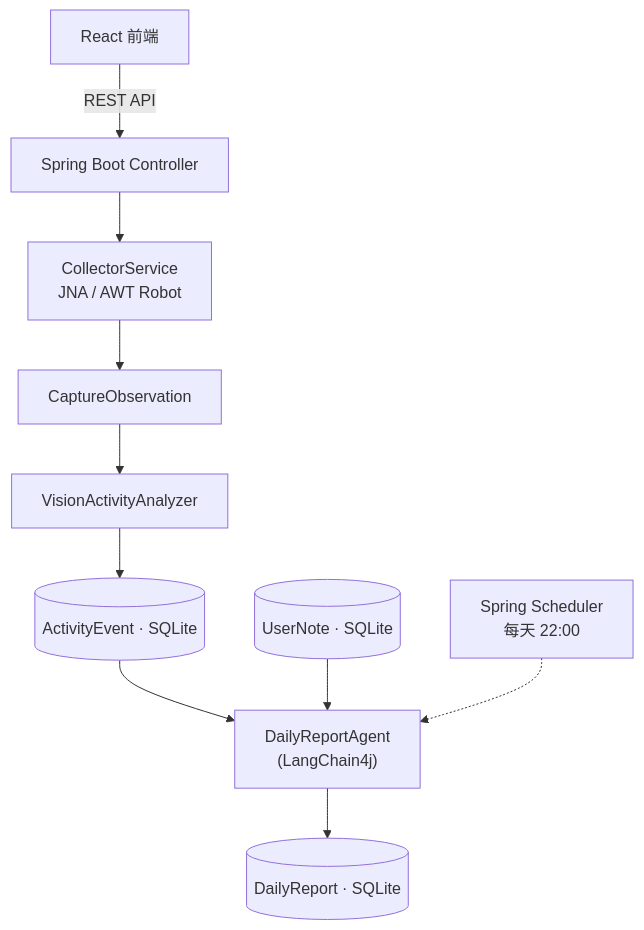
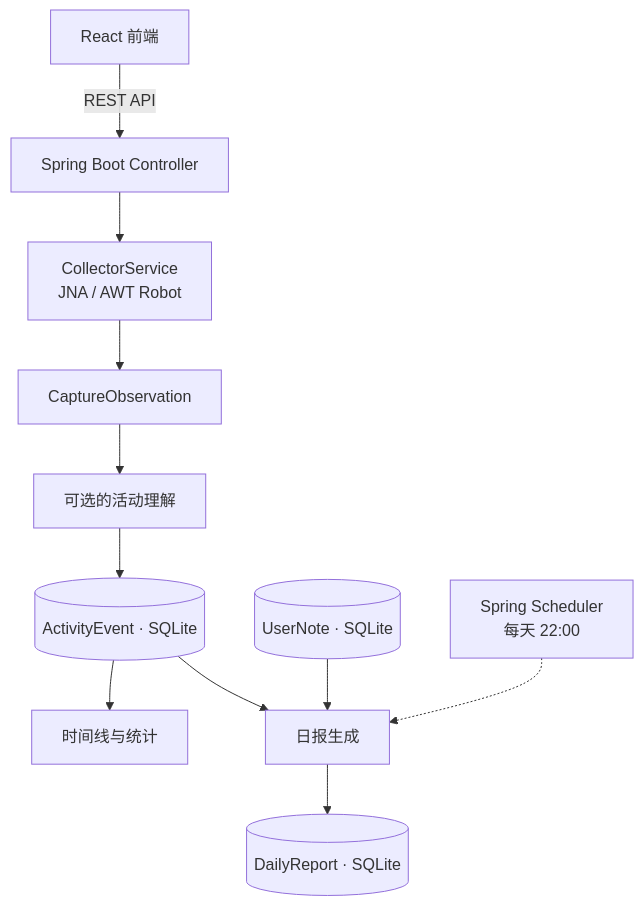
One commit to Cool2egg/WhatADay changed the diagram in README.md. Above: the diagram before and after it, drawn with Mermaid. The commit also changed other lines of this file, not shown here.

````diff
--- a/README.md
+++ b/README.md
@@ -24,12 +49,13 @@
 ```mermaid
 flowchart TD
     FE["React 前端"] -->|REST API| CT["Spring Boot Controller"]
     CT --> CS["CollectorService<br/>JNA / AWT Robot"]
     CS --> CO["CaptureObservation"]
-    CO --> VA["VisionActivityAnalyzer"]
+    CO --> VA["可选的活动理解"]
     VA --> AE[("ActivityEvent · SQLite")]
-    AE --> DRA["DailyReportAgent<br/>(LangChain4j)"]
+    AE --> TL["时间线与统计"]
+    AE --> DRA["日报生成"]
     UN[("UserNote · SQLite")] --> DRA
     DRA --> DR[("DailyReport · SQLite")]
     SCH["Spring Scheduler<br/>每天 22:00"] -.-> DRA
 ```
````
